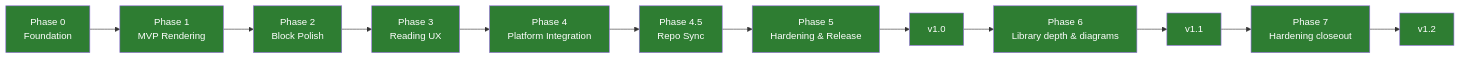
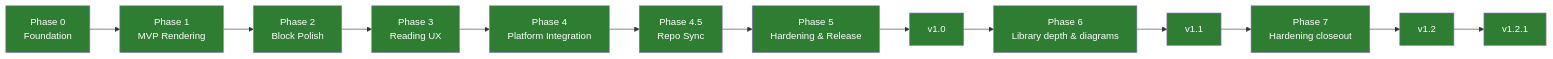
One commit to cemililik/markdown-viewer-mobile changed the diagram in docs/roadmap.md. Above: the diagram before and after it, drawn with Mermaid. The commit also changed other lines of this file and 1 other file, not shown here.

First line of the commit message:
docs: update README + roadmap for v1.2.1 App Store launch

````diff
--- a/docs/roadmap.md
+++ b/docs/roadmap.md
@@ -5,27 +5,29 @@
 ```mermaid
 graph LR
     P0[Phase 0<br/>Foundation] --> P1[Phase 1<br/>MVP Rendering]
     P1 --> P2[Phase 2<br/>Block Polish]
     P2 --> P3[Phase 3<br/>Reading UX]
     P3 --> P4[Phase 4<br/>Platform Integration]
     P4 --> P45[Phase 4.5<br/>Repo Sync]
     P45 --> P5[Phase 5<br/>Hardening & Release]
     P5 --> V1[v1.0]
     V1 --> P6[Phase 6<br/>Library depth & diagrams]
     P6 --> V11[v1.1]
     V11 --> P7[Phase 7<br/>Hardening closeout]
     P7 --> V12[v1.2]
+    V12 --> V121[v1.2.1]
 
     style P0 fill:#2e7d32,color:#fff
     style P1 fill:#2e7d32,color:#fff
     style P2 fill:#2e7d32,color:#fff
     style P3 fill:#2e7d32,color:#fff
     style P4 fill:#2e7d32,color:#fff
     style P45 fill:#2e7d32,color:#fff
     style P5 fill:#2e7d32,color:#fff
     style V1 fill:#2e7d32,color:#fff
     style P6 fill:#2e7d32,color:#fff
     style V11 fill:#2e7d32,color:#fff
     style P7 fill:#2e7d32,color:#fff
     style V12 fill:#2e7d32,color:#fff
+    style V121 fill:#2e7d32,color:#fff
 ```
````
